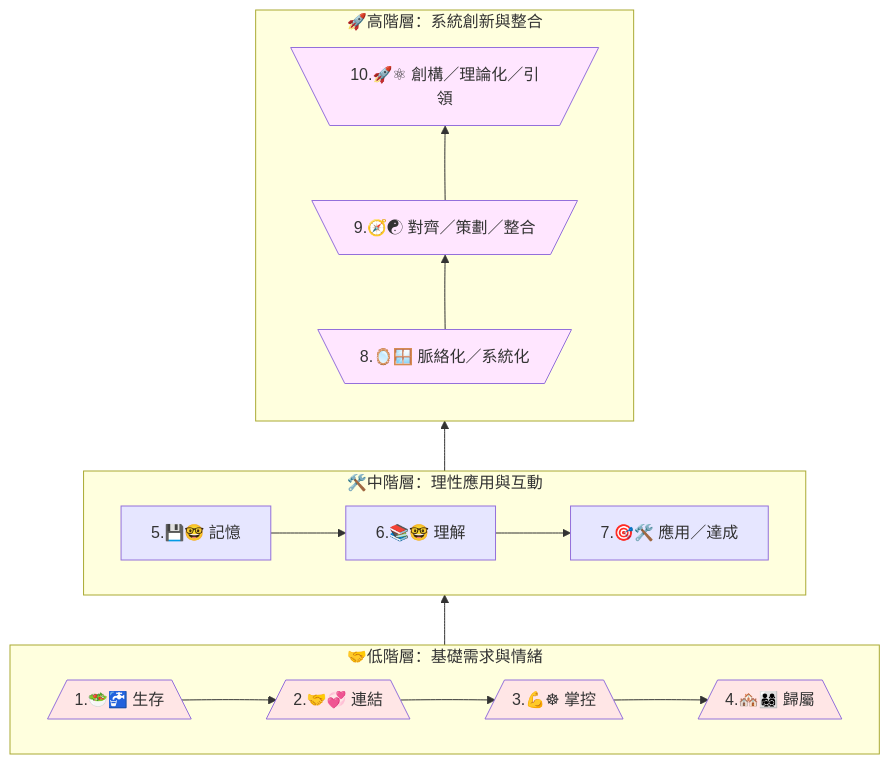
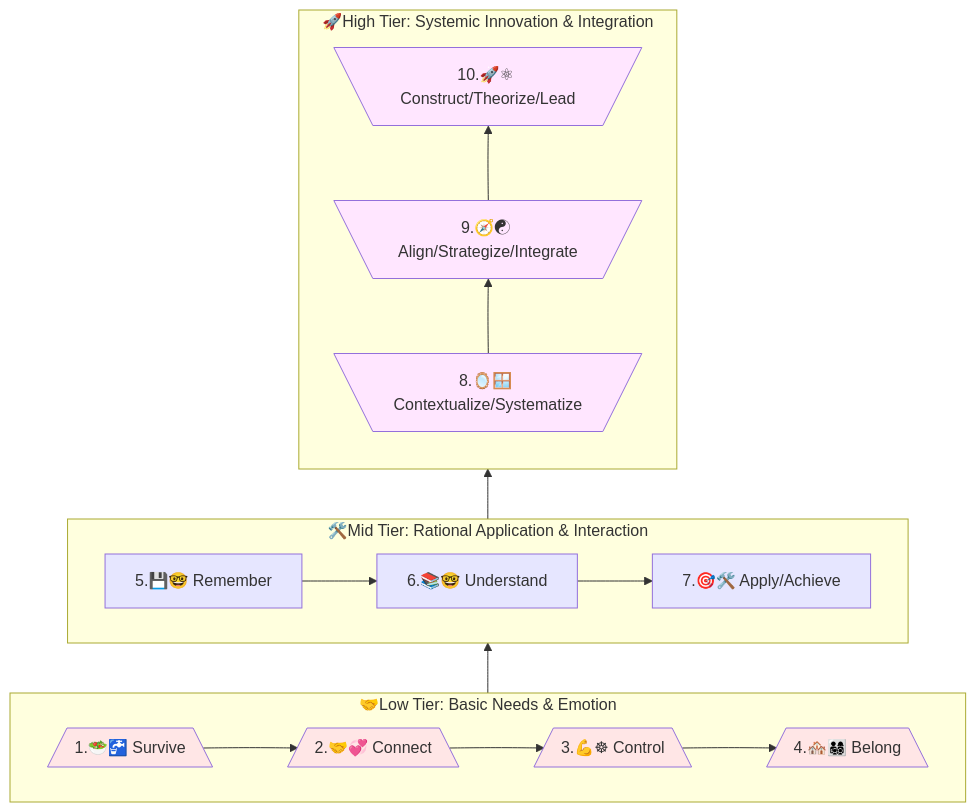
Before and after one commit to hanteng/frmAI_help: the first of 2 diagrams in appendix-action.en.qmd, drawn with Mermaid. The commit also changed other lines of this file and 3 other files, not shown here.

````diff
--- a/appendix-action.en.qmd
+++ b/appendix-action.en.qmd
@@ -160,52 +183,52 @@
 ```{mermaid}
 
 flowchart BT 
 
- %% 結構遞進關係 (由底層向上流動)
+ %% Progressive structural relationship (flowing from the bottom tier upward)
  LowLevel --> MidLevel
  MidLevel --> HighLevel
 
- subgraph LowLevel["🤝低階層：基礎需求與情緒"]
+ subgraph LowLevel["🤝Low Tier: Basic Needs & Emotion"]
 direction LR %% Internal direction: Top to Bottom (L3 at the visual bottom)
 
 %% Nodes defined in visual order (L3 is the root of this subgraph)
-L3[1.🥗🚰 生存]
-L2[2.🤝💞 連結]
-L1[3.💪☸ 掌控]
-L0[4.🏘️👨‍👩‍👧‍👦 歸屬]
+L3[1.🥗🚰 Survive]
+L2[2.🤝💞 Connect]
+L1[3.💪☸ Control]
+L0[4.🏘️👨‍👩‍👧‍👦 Belong]
 
 L3 --> L2 --> L1 --> L0
 L0@{shape: trap-b} 
 L1@{shape: trap-b} 
 L2@{shape: trap-b} 
 L3@{shape: trap-b}
 classDef sL fill:#FFE6E6
 class L0,L1,L2,L3 sL
 
  end
 
- subgraph MidLevel["🛠️中階層：理性應用與互動"]
+ subgraph MidLevel["🛠️Mid Tier: Rational Application & Interaction"]
 direction LR %% Internal direction: Left to Right
 
-M3[5.💾🤓 記憶] --> M2[6.📚🤓 理解] --> M1[7.🎯🛠️ 應用／達成]
+M3[5.💾🤓 Remember] --> M2[6.📚🤓 Understand] --> M1[7.🎯🛠️ Apply/Achieve]
 
 classDef sM fill:#E6E6FF
 class M1,M2,M3 sM
  end
 
- subgraph HighLevel["🚀高階層：系統創新與整合"]
+ subgraph HighLevel["🚀High Tier: Systemic Innovation & Integration"]
 direction BT %% Internal direction: Left to Right
 
-H3[8.🪞🪟 脈絡化／系統化] --> H2[9.🧭☯ 對齊／策劃／整合]
-H2 --> H1[10.🚀⚛ 創構／理論化／引領]
+H3[8.🪞🪟 Contextualize/Systematize] --> H2[9.🧭☯ Align/Strategize/Integrate]
+H2 --> H1[10.🚀⚛ Construct/Theorize/Lead]
 
 classDef sH fill:#FFE6FF
 class H1,H2,H3 sH
 H1@{shape: trap-t} 
 H2@{shape: trap-t} 
 H3@{shape: trap-t} 
  end
- %% 跨層次的節點連接 (L1/M1 to next level)
+ %% Cross-tier node connections (L1/M1 to next level)
  %% L0 --> M3
  %% M1 --> H3
 ```
````
